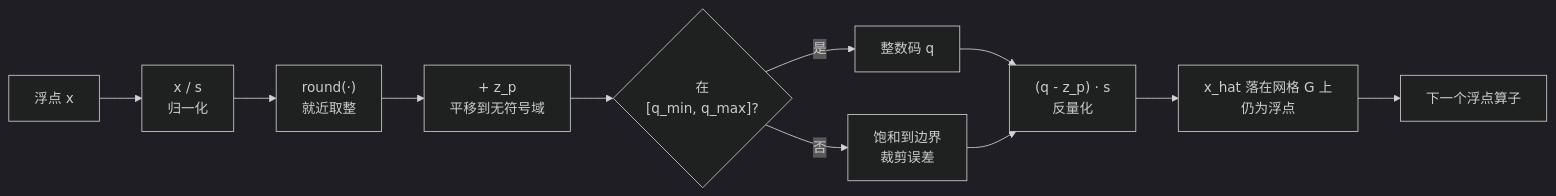
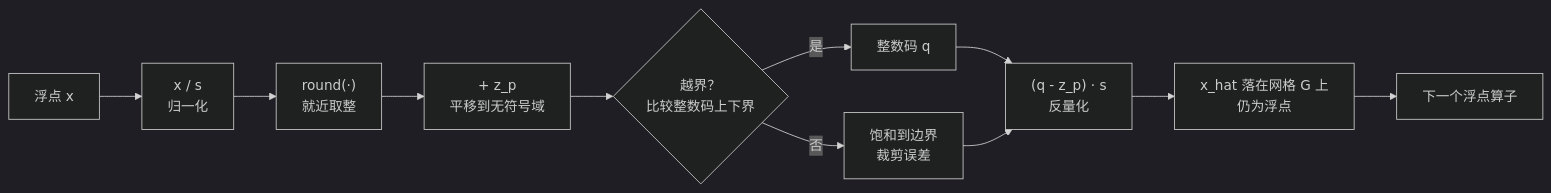
The first of 4 diagrams in _posts/2026-08-26-llm-quant-11-fake-quant-insertion.md (lrypcy/lrypcy.github.io), drawn with Mermaid (dark theme) before and after one commit. The commit also changed other lines of this file and 7 other files, not shown here.

````diff
--- a/_posts/2026-08-26-llm-quant-11-fake-quant-insertion.md
+++ b/_posts/2026-08-26-llm-quant-11-fake-quant-insertion.md
@@ -106,13 +106,13 @@
 ```mermaid
 flowchart LR
     A["浮点 x"] --> B["x / s<br>归一化"]
     B --> C["round(·)<br>就近取整"]
     C --> D["+ z_p<br>平移到无符号域"]
-    D --> E{"在<br>[q_min, q_max]?"}
+    D --> E{"越界？<br>比较整数码上下界"}
     E -->|"是"| F["整数码 q"]
     E -->|"否"| G["饱和到边界<br>裁剪误差"]
     F --> H["(q - z_p) · s<br>反量化"]
     G --> H
     H --> I["x_hat 落在网格 G 上<br>仍为浮点"]
     I --> J["下一个浮点算子"]
 ```
````
